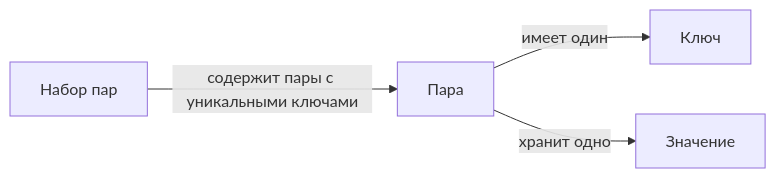
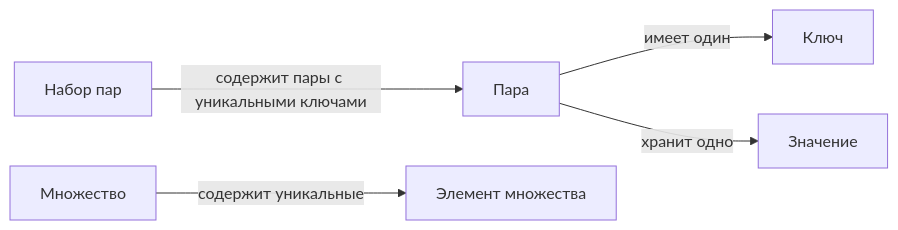
The first of 2 diagrams in FirstLab/docs/design.md (Krastti/DataStructures), drawn with Mermaid before and after one commit. The commit also changed other lines of this file and 8 other files, not shown here.

````diff
--- a/FirstLab/docs/design.md
+++ b/FirstLab/docs/design.md
@@ -16,6 +20,7 @@
 ```mermaid
 flowchart LR
     Collection["Набор пар"] -->|"содержит пары с уникальными ключами"| Entry["Пара"]
     Entry -->|"имеет один"| Key["Ключ"]
     Entry -->|"хранит одно"| Value["Значение"]
+    Set["Множество"] -->|"содержит уникальные"| Element["Элемент множества"]
 ```
````
